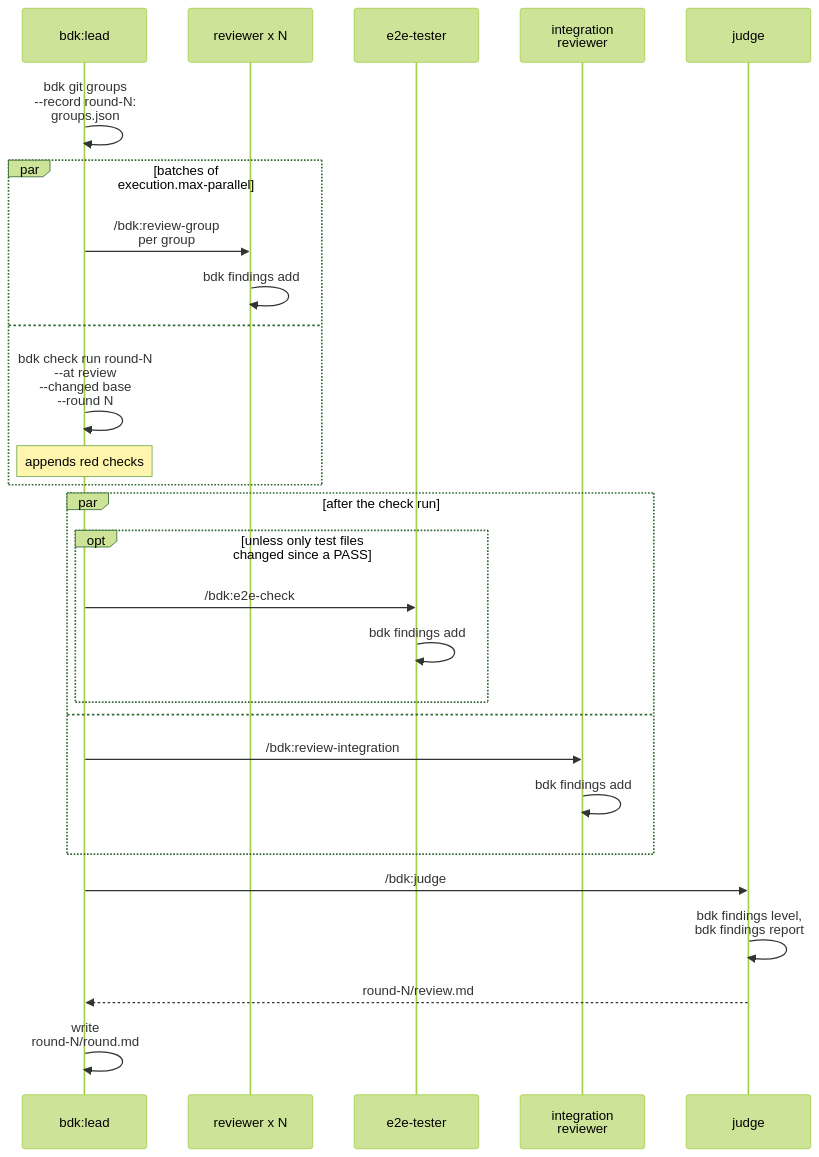
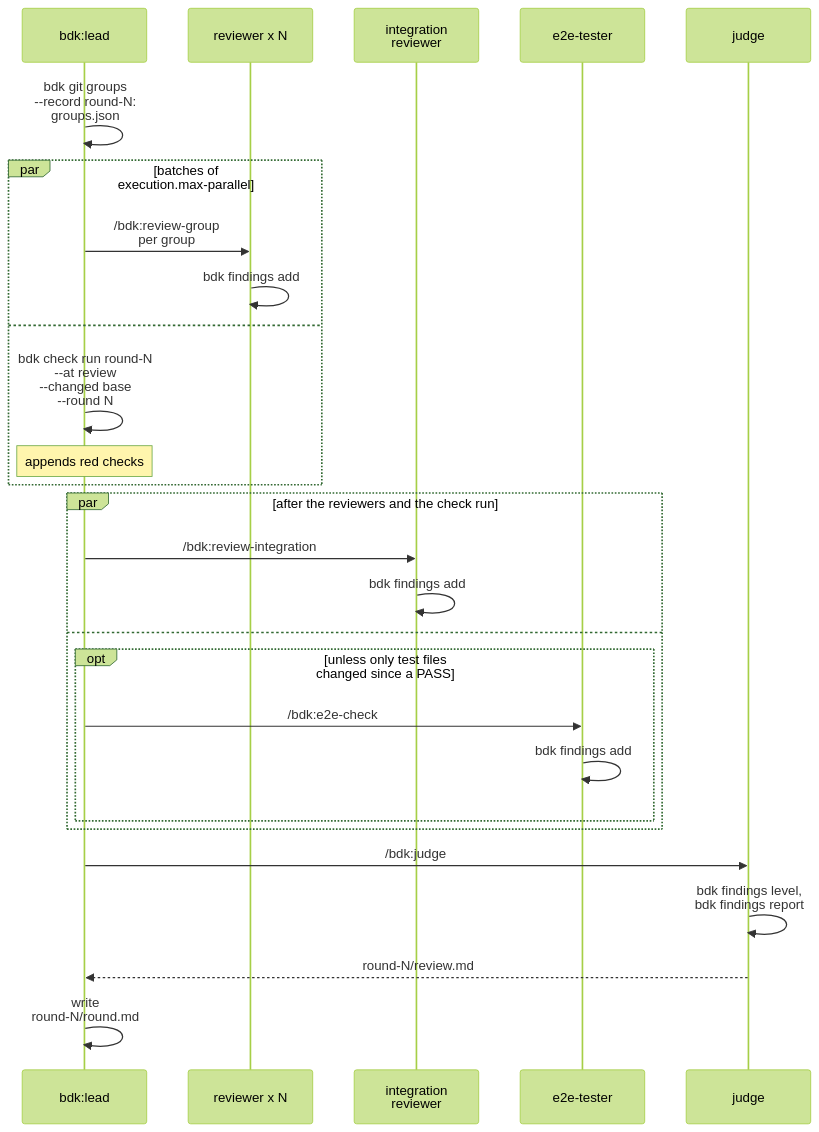
Diagram 11 of 16 in docs/concepts/orchestrators.md (broneq/bdk), drawn with Mermaid (forest theme) before and after one commit. The commit also changed other lines of this file and 11 other files, not shown here.

First line of the commit message:
feat(skills): start the integration reviewer with the E2E tester

````diff
--- a/docs/concepts/orchestrators.md
+++ b/docs/concepts/orchestrators.md
@@ -255,29 +255,29 @@
 ```mermaid
 sequenceDiagram
   participant L as bdk:lead
   participant R as reviewer x N
+  participant I as integration<br/>reviewer
   participant E as e2e-tester
-  participant I as integration<br/>reviewer
   participant J as judge
   L->>L: bdk git groups<br/>--record round-N:<br/>groups.json
   par batches of<br/>execution.max-parallel
     L->>R: /bdk:review-group<br/>per group
     R->>R: bdk findings add
   and
     L->>L: bdk check run round-N<br/>--at review<br/>--changed base<br/>--round N
     Note over L: appends red checks
   end
-  par after the check run
+  par after the reviewers and the check run
+    L->>I: /bdk:review-integration
+    I->>I: bdk findings add
+  and
     opt unless only test files<br/>changed since a PASS
       L->>E: /bdk:e2e-check
       E->>E: bdk findings add
     end
-  and
-    L->>I: /bdk:review-integration
-    I->>I: bdk findings add
   end
   L->>J: /bdk:judge
   J->>J: bdk findings level,<br/>bdk findings report
   J-->>L: round-N/review.md
   L->>L: write<br/>round-N/round.md
 ```
````
